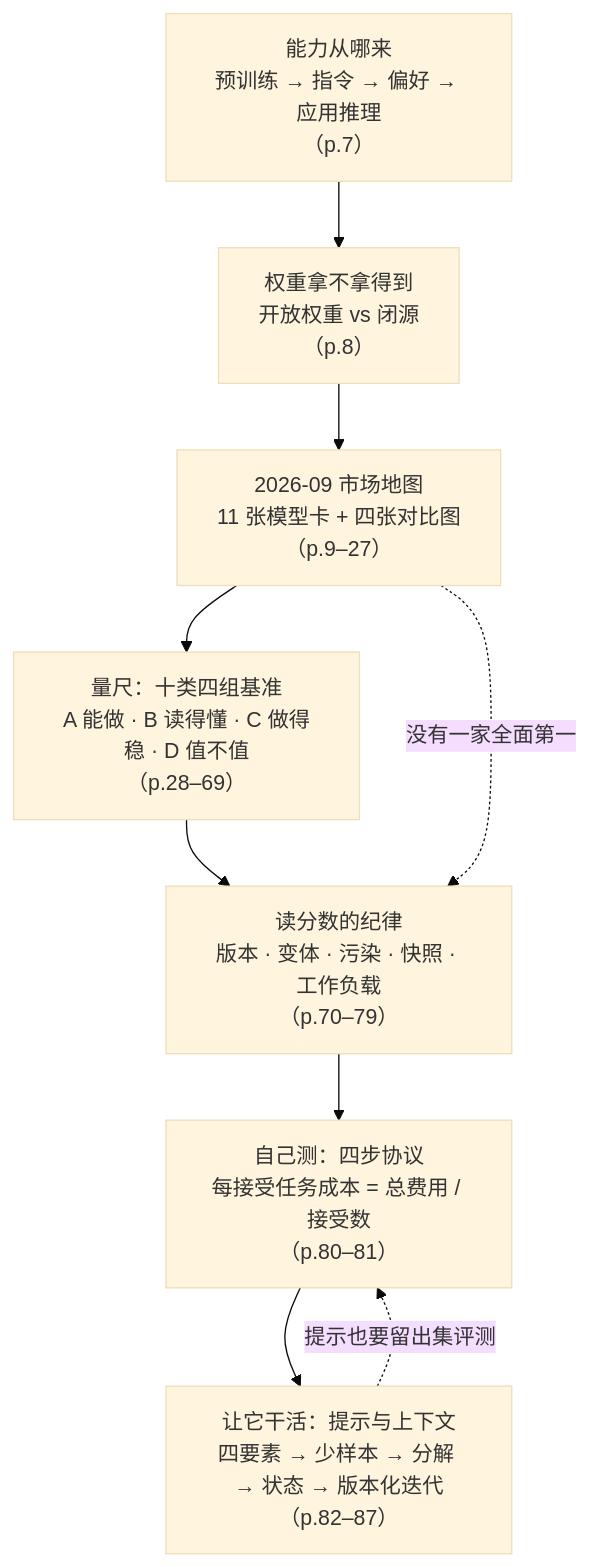
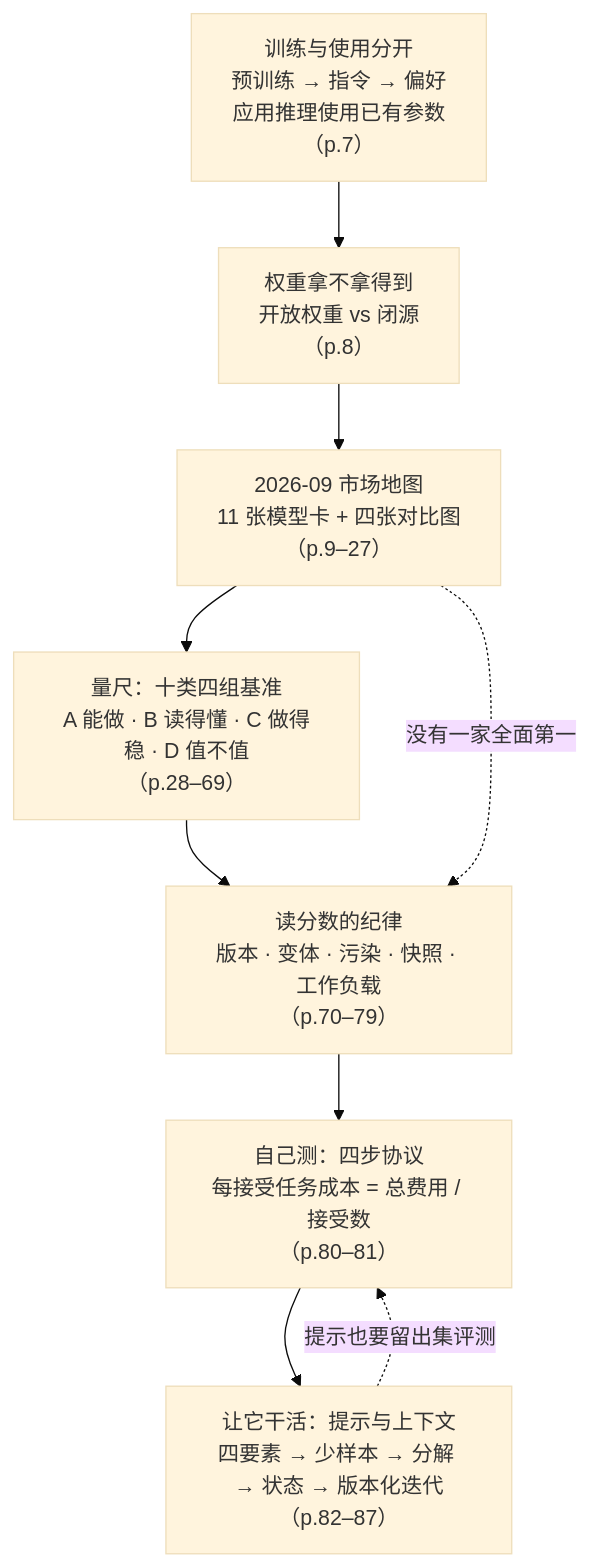
One commit to CercaTrovato/cityu-ai-course-notes changed the seventh of 9 diagrams in IS5542_GenAI_in_Business/notes/M02-模型全景-基准评测与提示设计.md. Above: the diagram before and after it, drawn with Mermaid (base theme). The commit also changed other lines of this file and 59 other files, not shown here.

````diff
--- a/IS5542_GenAI_in_Business/notes/M02-模型全景-基准评测与提示设计.md
+++ b/IS5542_GenAI_in_Business/notes/M02-模型全景-基准评测与提示设计.md
@@ -4025,11 +4621,11 @@
 ```mermaid
 flowchart TD
-    A["能力从哪来<br>预训练 → 指令 → 偏好 → 应用推理<br>（p.7）"] --> B["权重拿不拿得到<br>开放权重 vs 闭源<br>（p.8）"]
+    A["训练与使用分开<br>预训练 → 指令 → 偏好<br>应用推理使用已有参数<br>（p.7）"] --> B["权重拿不拿得到<br>开放权重 vs 闭源<br>（p.8）"]
     B --> C["2026-09 市场地图<br>11 张模型卡 + 四张对比图<br>（p.9–27）"]
     C --> D["量尺：十类四组基准<br>A 能做 · B 读得懂 · C 做得稳 · D 值不值<br>（p.28–69）"]
     D --> E["读分数的纪律<br>版本 · 变体 · 污染 · 快照 · 工作负载<br>（p.70–79）"]
     E --> F["自己测：四步协议<br>每接受任务成本 = 总费用 / 接受数<br>（p.80–81）"]
     F --> G["让它干活：提示与上下文<br>四要素 → 少样本 → 分解 → 状态 → 版本化迭代<br>（p.82–87）"]
     C -.->|"没有一家全面第一"| E
     G -.->|"提示也要留出集评测"| F
 ```
````
